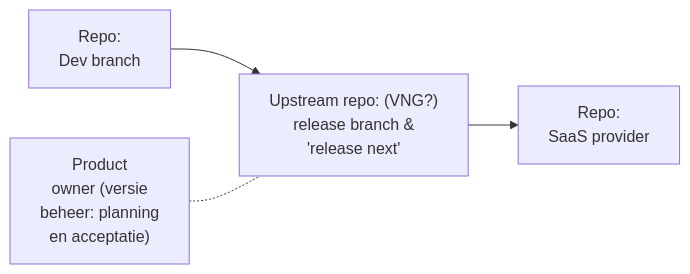
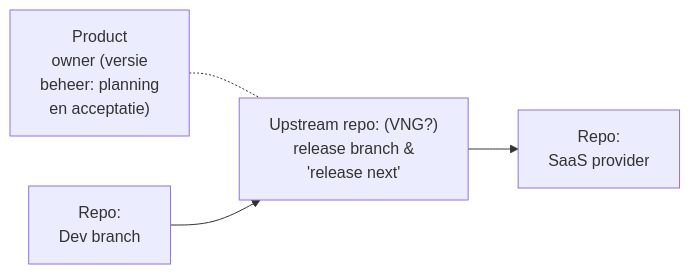
The first of 3 diagrams in docs/verslag-ecosysteem-en-rollen.md (open-zaak/samenwerken), drawn with Mermaid before and after one commit. The commit also changed other lines of this file, not shown here.

Commit message:
tweaks diagram

````diff
--- a/docs/verslag-ecosysteem-en-rollen.md
+++ b/docs/verslag-ecosysteem-en-rollen.md
@@ -157,13 +157,13 @@
 ```mermaid
 graph LR
     %% Nodes
     Dev1["Repo:<br/>Dev branch"]
     SaaS["Repo:<br/>SaaS provider"]
     Upstream["Upstream repo: (VNG?)<br/>release branch &<br/>'release next'"]
     PO["Product<br/>owner (versie<br/>beheer: planning<br/>en acceptatie)"]
 
     %% Connections
+    PO -.- Upstream
     Dev1 --> Upstream
     Upstream --> SaaS
-    PO -.- Upstream
 ```
````
